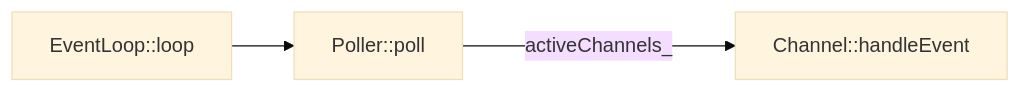
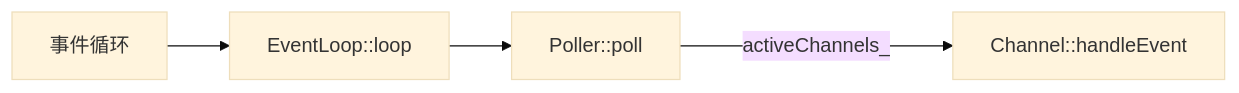
The second of 7 diagrams in muduo/study.md (Hsurpass/Blogs), drawn with Mermaid (base theme) before and after one commit. The commit also changed other lines of this file, not shown here.

````diff
--- a/muduo/study.md
+++ b/muduo/study.md
@@ -40,4 +47,4 @@
 ```mermaid
 graph LR
-EventLoop::loop-->Poller::poll--->|activeChannels_|Channel::handleEvent
+事件循环-->EventLoop::loop-->Poller::poll--->|activeChannels_|Channel::handleEvent
 ```
````
